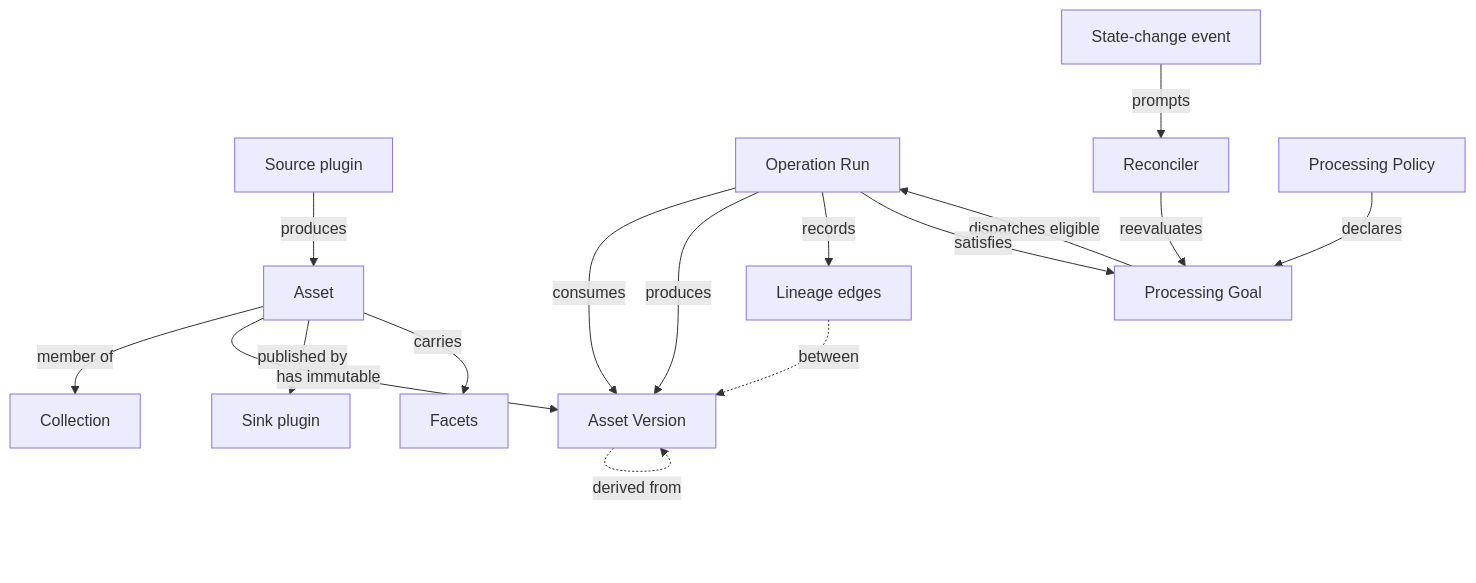
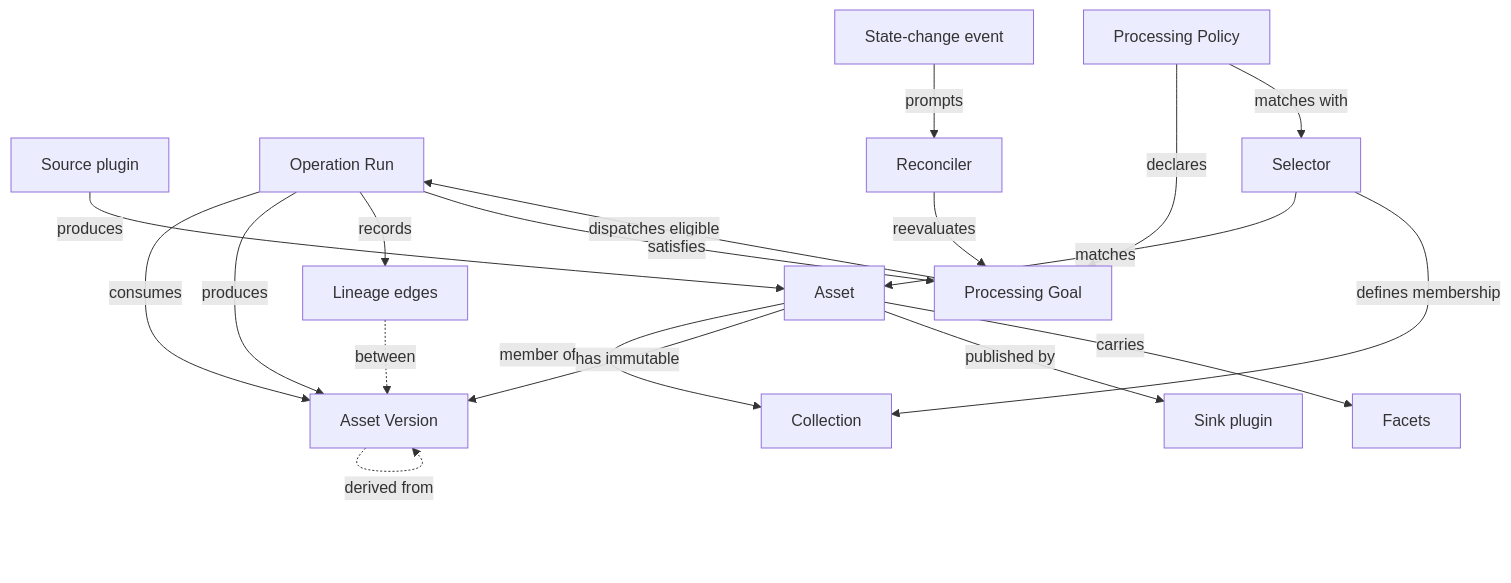
One commit to sidereal-io/sidereal changed the first of 2 diagrams in docs/architecture/README.md. Above: the diagram before and after it, drawn with Mermaid. The commit also changed other lines of this file and 3 other files, not shown here.

````diff
--- a/docs/architecture/README.md
+++ b/docs/architecture/README.md
@@ -103,18 +103,21 @@
 ```mermaid
 graph TD
     S[Source plugin] -->|produces| A[Asset]
     A -->|member of| C[Collection]
     A -->|has immutable| AV[Asset Version]
     AV -.->|derived from| AV
     OR[Operation Run] -->|consumes| AV
     OR -->|produces| AV
     OR -->|records| L[Lineage edges]
-    E[State-change event] -->|prompts| R[Reconciler]
+    E["State-change event"] -->|prompts| R[Reconciler]
+    X[Selector] -->|matches| A
+    X -->|defines membership| C
     P[Processing Policy] -->|declares| G[Processing Goal]
+    P -->|matches with| X
     R -->|reevaluates| G
     G -->|dispatches eligible| OR
     OR -->|satisfies| G
     L -.->|between| AV
     A -->|published by| K[Sink plugin]
     A -->|carries| F[Facets]
 ```
````
